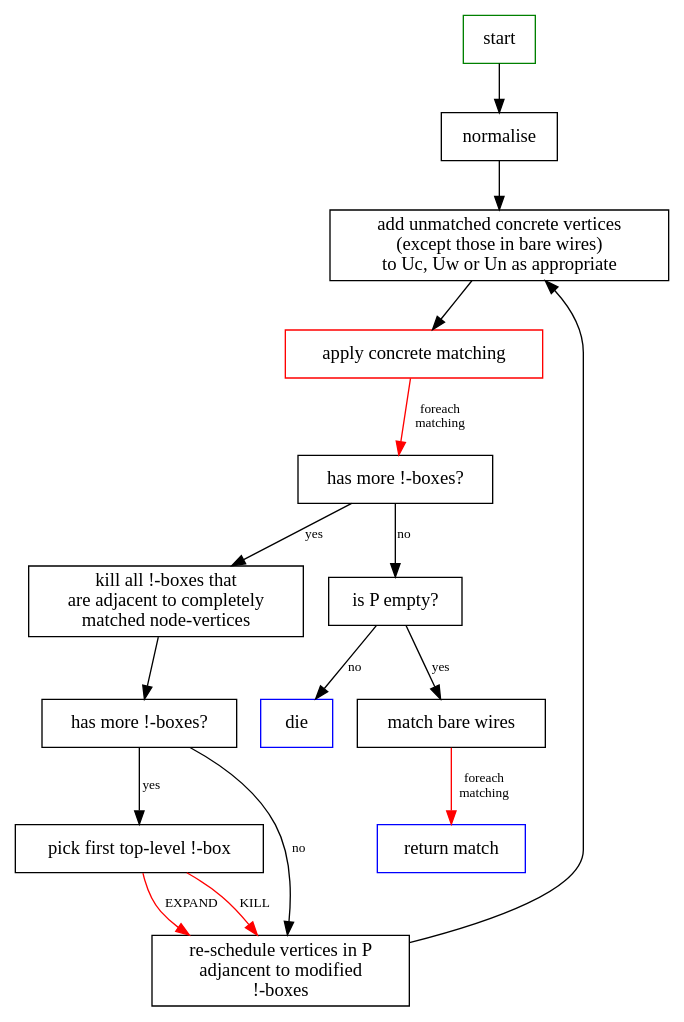
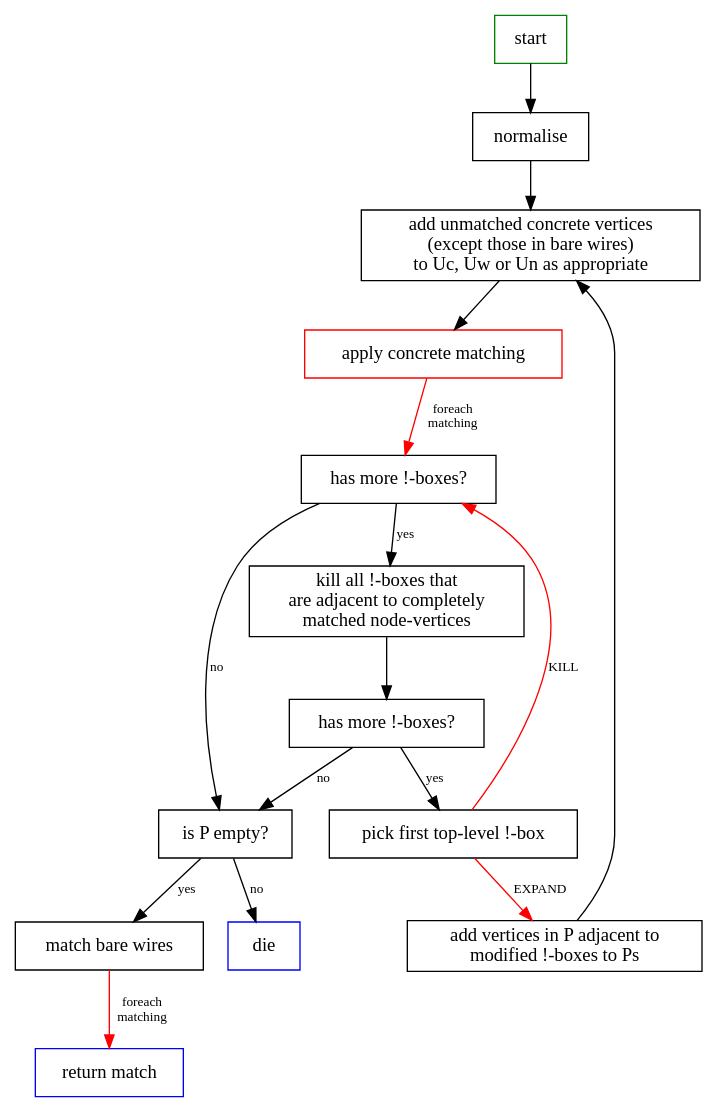
The diagram in docs/matching_algo/pattern_part.dot (zxcalc/quantomatic), drawn with Graphviz before and after one commit.

Commit message:
Simplify the pattern matching algorithm
Killing a !-box does not introduce new (unmatched) concrete vertices.
Therefore, the concrete step will have no effect, no matter what you put
in Ps; it will not extend m (because there is nothing to extend it to)
and therefore no partially matched node-vertex can become
completely-matched.

```diff
--- a/docs/matching_algo/pattern_part.dot
+++ b/docs/matching_algo/pattern_part.dot
@@ -1,32 +1,32 @@
 digraph {
     node [shape=box]
     edge [fontsize=10]
     
     start [color=green]
     normalise [label="normalise"]
     addunmatched [label="add unmatched concrete vertices\n(except those in bare wires)\nto Uc, Uw or Un as appropriate"]
     match [label="apply concrete matching",color=red]
     morebang [label="has more !-boxes?"]
     morebang1 [label="has more !-boxes?"]
     pickbang [label="pick first top-level !-box"]
-    schedule [label="re-schedule vertices in P\nadjancent to modified\n!-boxes"]
+    schedule [label="add vertices in P adjacent to\nmodified !-boxes to Ps"]
     killcomplete [label="kill all !-boxes that\nare adjacent to completely\nmatched node-vertices"]
     nopartial [label="is P empty?"]
     die [label=die,color=blue]
     emptywires [label="match bare wires"]
     done [label="return match",color=blue]
     
     start -> normalise -> addunmatched -> match
     match -> morebang [label="foreach\nmatching",color=red]
     morebang -> killcomplete [label=yes]
     killcomplete -> morebang1
     morebang1 -> pickbang [label=yes]
-    morebang1 -> schedule [label=no]
+    morebang1 -> nopartial [label=no]
     pickbang -> schedule [label="EXPAND",color=red]
-    pickbang -> schedule [label="KILL",color=red]
+    pickbang -> morebang [label="KILL",color=red]
     schedule -> addunmatched
     morebang -> nopartial [label=no]
     nopartial -> emptywires [label=yes]
     nopartial -> die [label=no]
     emptywires -> done [label="foreach\nmatching",color=red]
 }
```
